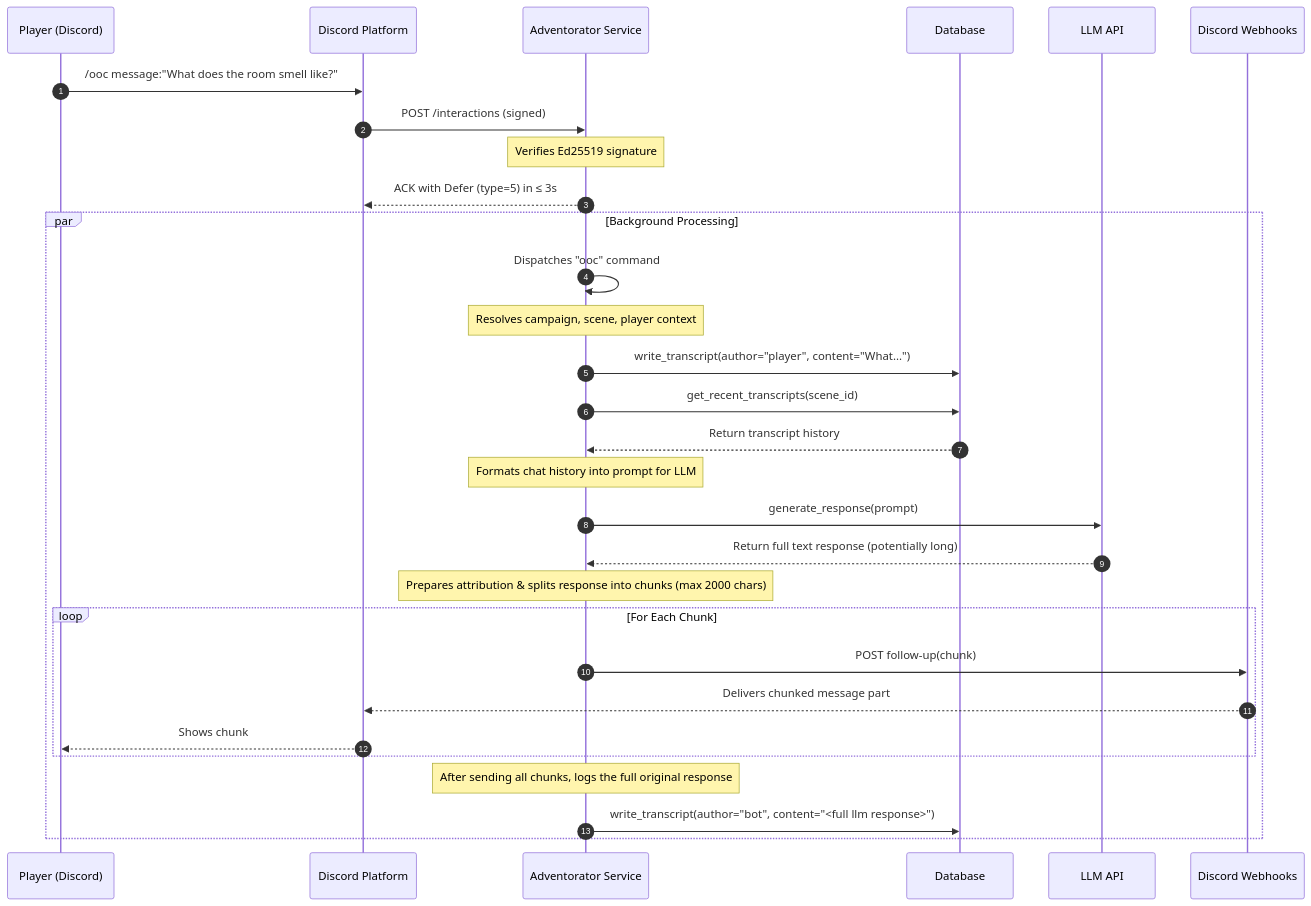
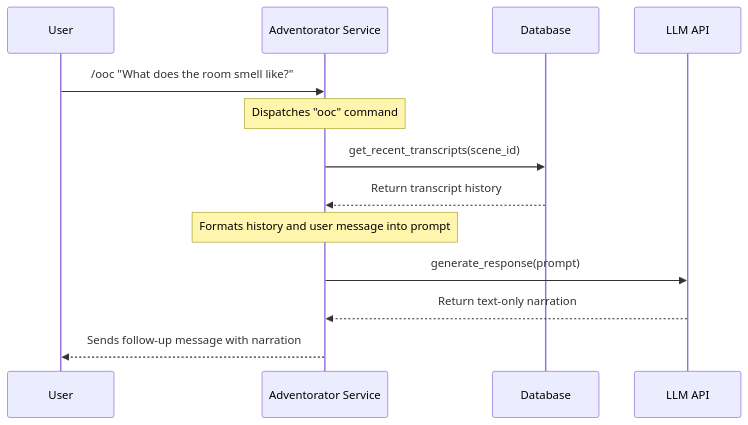
The third of 3 diagrams in README.md (crashtestbrandt/Adventorator), drawn with Mermaid before and after one commit. The commit also changed other lines of this file and 1 other file, not shown here.

Commit message:
Add Architecture section to README

````diff
--- a/README.md
+++ b/README.md
@@ -189,44 +210,21 @@
 ```mermaid
 sequenceDiagram
-  autonumber
-  participant User as Player (Discord)
-  participant Discord as Discord Platform
-  participant API as Adventorator Service
+  participant User
+  participant App as Adventorator Service
   participant DB as Database
   participant LLM as LLM API
-  participant WH as Discord Webhooks
 
-  User->>Discord: /ooc message:"What does the room smell like?"
-  Discord->>API: POST /interactions (signed)
+  User->>App: /ooc "What does the room smell like?"
   
-  Note over API: Verifies Ed25519 signature
-
-  API-->>Discord: ACK with Defer (type=5) in ≤ 3s
-
-  par Background Processing
-    API->>API: Dispatches "ooc" command
-    
-    Note over API: Resolves campaign, scene, player context
-    
-    API->>DB: write_transcript(author="player", content="What...")
-    
-    API->>DB: get_recent_transcripts(scene_id)
-    DB-->>API: Return transcript history
-    
-    Note over API: Formats chat history into prompt for LLM
-    
-    API->>LLM: generate_response(prompt)
-    LLM-->>API: Return full text response (potentially long)
-    
-    Note over API: Prepares attribution & splits response into chunks (max 2000 chars)
-    
-    loop For Each Chunk
-      API->>WH: POST follow-up(chunk)
-      WH-->>Discord: Delivers chunked message part
-      Discord-->>User: Shows chunk
-    end
-    
-    Note over API: After sending all chunks, logs the full original response
-    API->>DB: write_transcript(author="bot", content="<full llm response>")
-  end
+  Note over App: Dispatches "ooc" command
+  
+  App->>DB: get_recent_transcripts(scene_id)
+  DB-->>App: Return transcript history
+  
+  Note over App: Formats history and user message into prompt
+  
+  App->>LLM: generate_response(prompt)
+  LLM-->>App: Return text-only narration
+  
+  App-->>User: Sends follow-up message with narration
 ```
````
